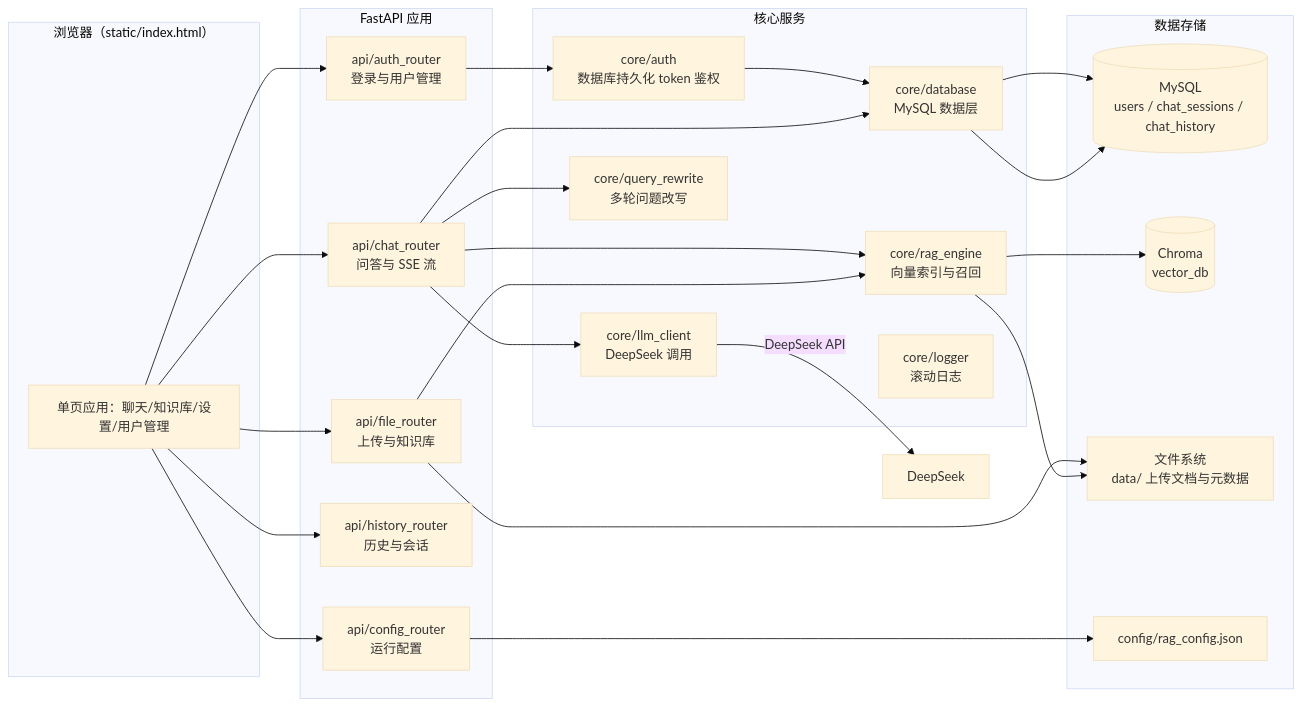
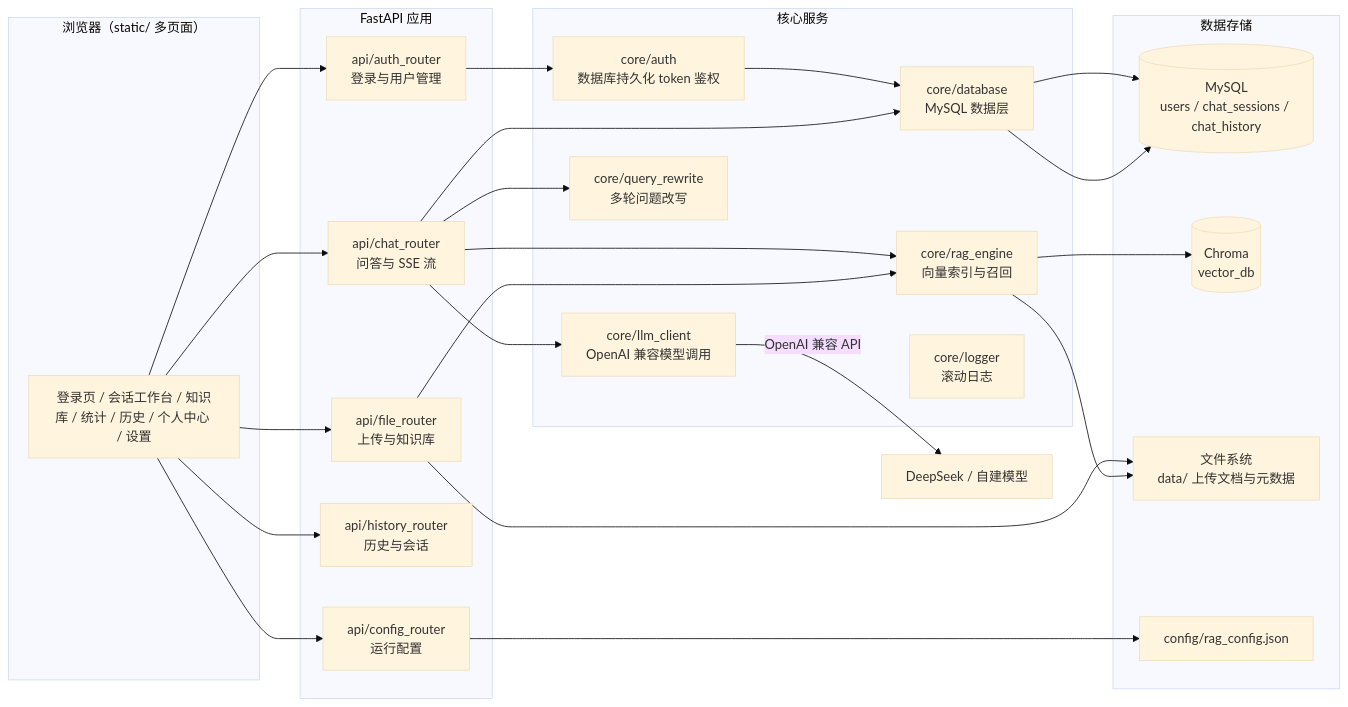
Before and after one commit to fwh1206/rag-qa-system: the first of 3 diagrams in docs/设计文档.md, drawn with Mermaid (base theme). The commit also changed other lines of this file and 80 other files, not shown here.

````diff
--- a/docs/设计文档.md
+++ b/docs/设计文档.md
@@ -17,42 +17,42 @@
 ```mermaid
 flowchart LR
-    subgraph Client["浏览器（static/index.html）"]
-        UI[单页应用：聊天/知识库/设置/用户管理]
+    subgraph Client["浏览器（static/ 多页面）"]
+        UI[登录页 / 会话工作台 / 知识库 / 统计 / 历史 / 个人中心 / 设置]
     end
 
     subgraph API["FastAPI 应用"]
         AUTH[api/auth_router<br>登录与用户管理]
         CHAT[api/chat_router<br>问答与 SSE 流]
         FILE[api/file_router<br>上传与知识库]
         HIST[api/history_router<br>历史与会话]
         CFG[api/config_router<br>运行配置]
     end
 
     subgraph CORE["核心服务"]
         AUTH_CORE[core/auth<br>数据库持久化 token 鉴权]
         DB[core/database<br>MySQL 数据层]
-        LLM[core/llm_client<br>DeepSeek 调用]
+        LLM[core/llm_client<br>OpenAI 兼容模型调用]
         REWRITE[core/query_rewrite<br>多轮问题改写]
         RAG[core/rag_engine<br>向量索引与召回]
         LOG[core/logger<br>滚动日志]
     end
 
     subgraph STORE["数据存储"]
         MYSQL[(MySQL<br>users / chat_sessions / chat_history)]
         CHROMA[(Chroma<br>vector_db)]
         FS[文件系统<br>data/ 上传文档与元数据]
         CFGJSON[config/rag_config.json]
     end
 
     UI --> AUTH & CHAT & FILE & HIST & CFG
     AUTH --> AUTH_CORE --> DB --> MYSQL
     CHAT --> DB
     CHAT --> REWRITE
-    CHAT --> LLM -->|DeepSeek API| DEEPSEEK[DeepSeek]
+    CHAT --> LLM -->|OpenAI 兼容 API| DEEPSEEK[DeepSeek / 自建模型]
     CHAT --> RAG --> CHROMA
     FILE --> RAG
     FILE --> FS
     CFG --> CFGJSON
     RAG --> FS
     DB --> MYSQL
 ```
````
